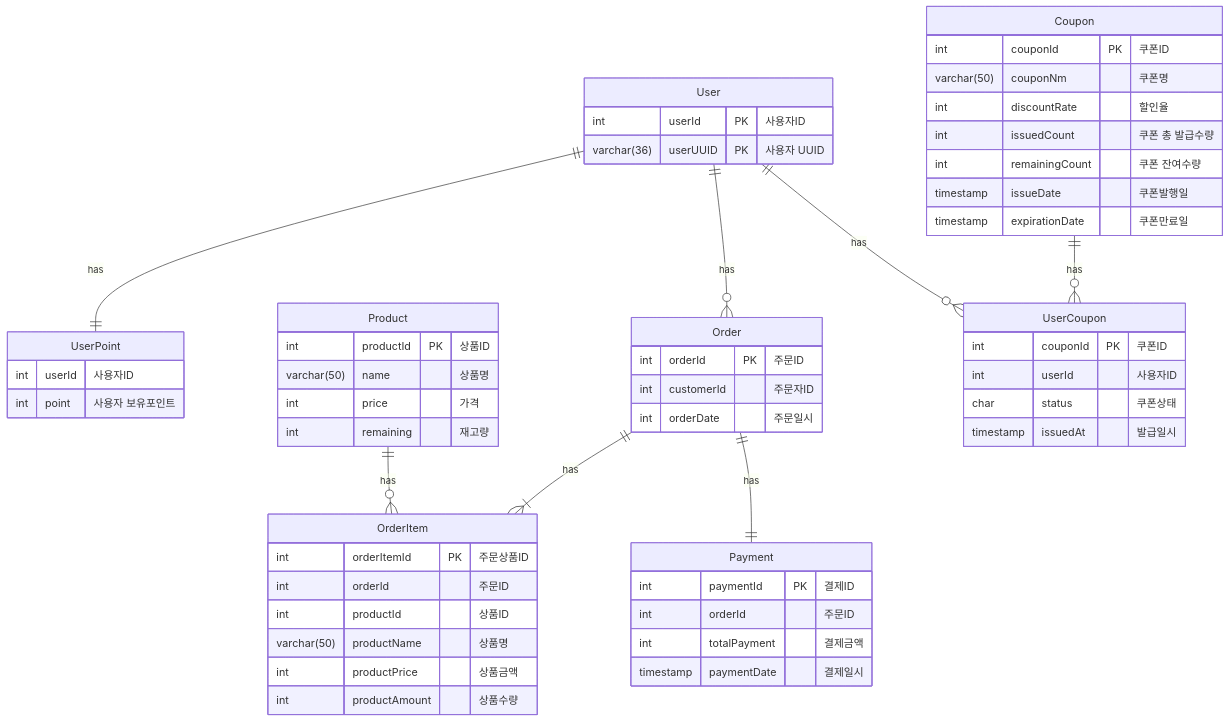
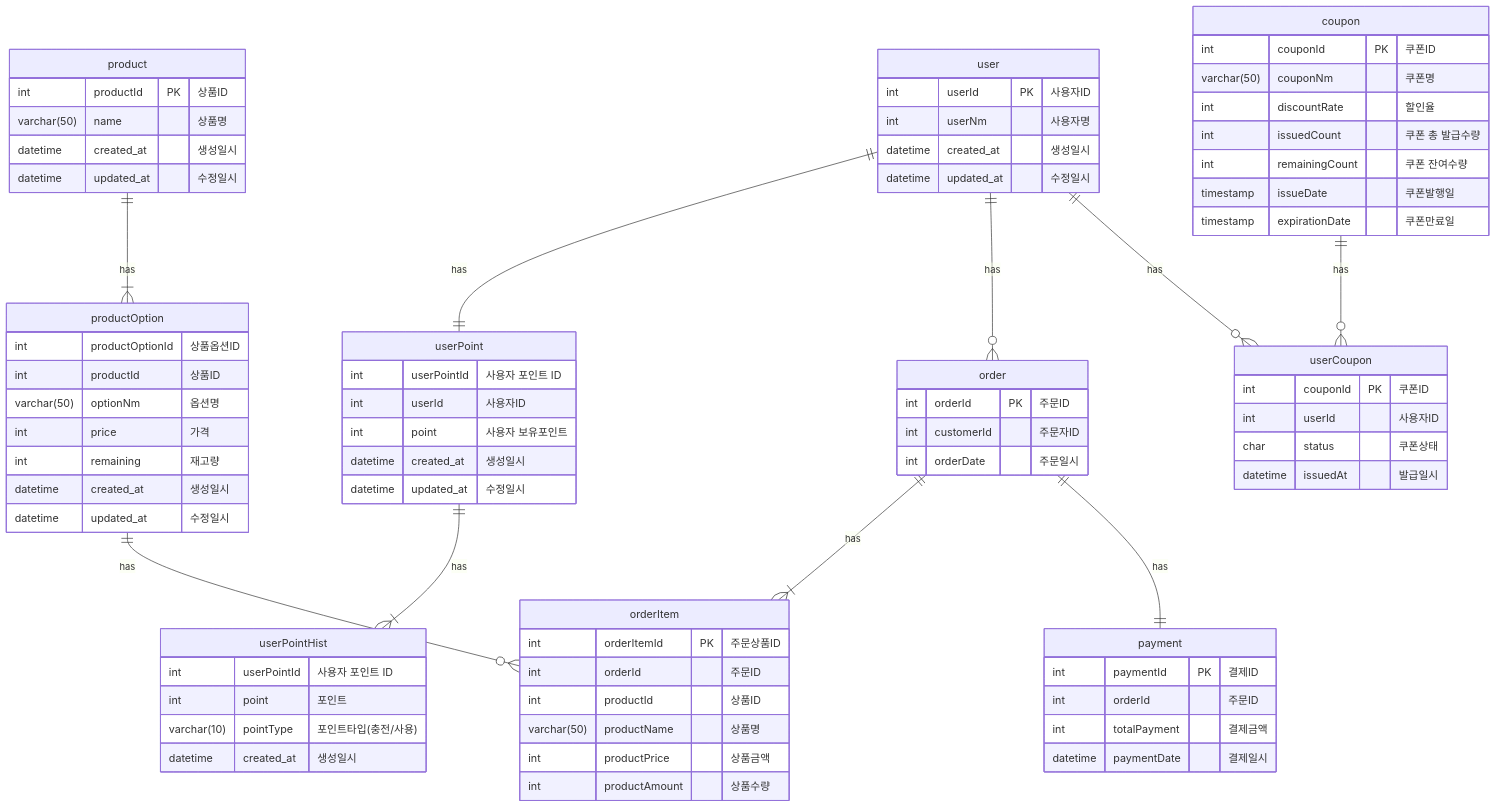
One commit to OO-b/E-commerce-system changed the diagram in docs/erd/Erd.md. Above: the diagram before and after it, drawn with Mermaid.

Commit message:
#8 ERD 수정 (잔액 히스토리, 상품옵션 테이블 추가)

````diff
--- a/docs/erd/Erd.md
+++ b/docs/erd/Erd.md
@@ -3,30 +3,52 @@
 
 erDiagram
 
-    User {
+    user {
         int userId PK "사용자ID"
-        varchar(36) userUUID PK "사용자 UUID"
+        int userNm "사용자명"
+        datetime created_at "생성일시"
+        datetime updated_at "수정일시"
     }
     
-    UserPoint {
+    userPoint {
+        int userPointId "사용자 포인트 ID"
         int userId "사용자ID"
         int point "사용자 보유포인트"
+        datetime created_at "생성일시"
+        datetime updated_at "수정일시"
     }
 
-    Product {
+    userPointHist {
+        int userPointId "사용자 포인트 ID"
+        int point "포인트"
+        varchar(10) pointType "포인트타입(충전/사용)"
+        datetime created_at "생성일시"
+    }
+
+    product {
         int productId PK "상품ID"
         varchar(50) name "상품명"
+        datetime created_at "생성일시"
+        datetime updated_at "수정일시"
+    }
+
+    productOption {
+        int productOptionId "상품옵션ID"
+        int productId "상품ID"
+        varchar(50) optionNm "옵션명"
         int price "가격"
         int remaining "재고량"
+        datetime created_at "생성일시"
+        datetime updated_at "수정일시"
     }
 
-    Order {
+    order {
         int orderId PK "주문ID"
         int customerId "주문자ID"
         int orderDate "주문일시"
     }
     
-    OrderItem {
+    orderItem {
         int orderItemId PK "주문상품ID"
         int orderId "주문ID"
         int productId "상품ID"
@@ -35,14 +57,14 @@
         int productAmount "상품수량"
     }
     
-    Payment {
+    payment {
         int paymentId PK "결제ID"
         int orderId "주문ID"
         int totalPayment "결제금액"
-        timestamp paymentDate "결제일시"
+        datetime paymentDate "결제일시"
     }
     
-    Coupon {
+    coupon {
         int couponId PK "쿠폰ID"
         varchar(50) couponNm "쿠폰명"
         int discountRate "할인율"
@@ -52,18 +74,21 @@
         timestamp expirationDate "쿠폰만료일"
     }
     
-    UserCoupon {
+    userCoupon {
         int couponId PK "쿠폰ID"
         int userId "사용자ID"
         char status "쿠폰상태"
-        timestamp issuedAt "발급일시"
+        datetime issuedAt "발급일시"
     }
 
-    User ||--|| UserPoint : has
-    User ||--o{ Order : has
-    User ||--o{ UserCoupon : has
-    Order ||--|{ OrderItem : has
-    Product ||--o{ OrderItem : has
-    Order ||--|| Payment : has
-    Coupon ||--o{ UserCoupon : has
+    user ||--|| userPoint : has
+    user ||--o{ order : has
+    user ||--o{ userCoupon : has
+    order ||--|{ orderItem : has
+    productOption ||--o{ orderItem : has
+    order ||--|| payment : has
+    coupon ||--o{ userCoupon : has
+    product ||--|{ productOption : has
+    userPoint ||--|{ userPointHist : has
+
 ```
````
